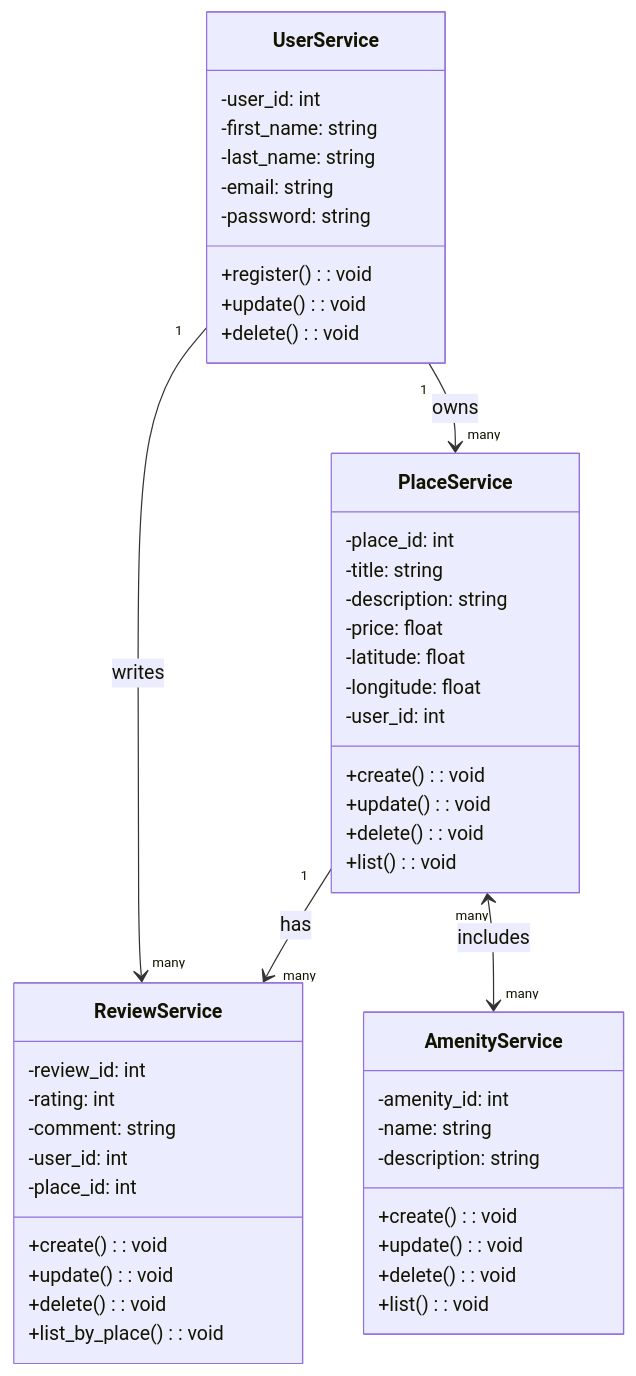
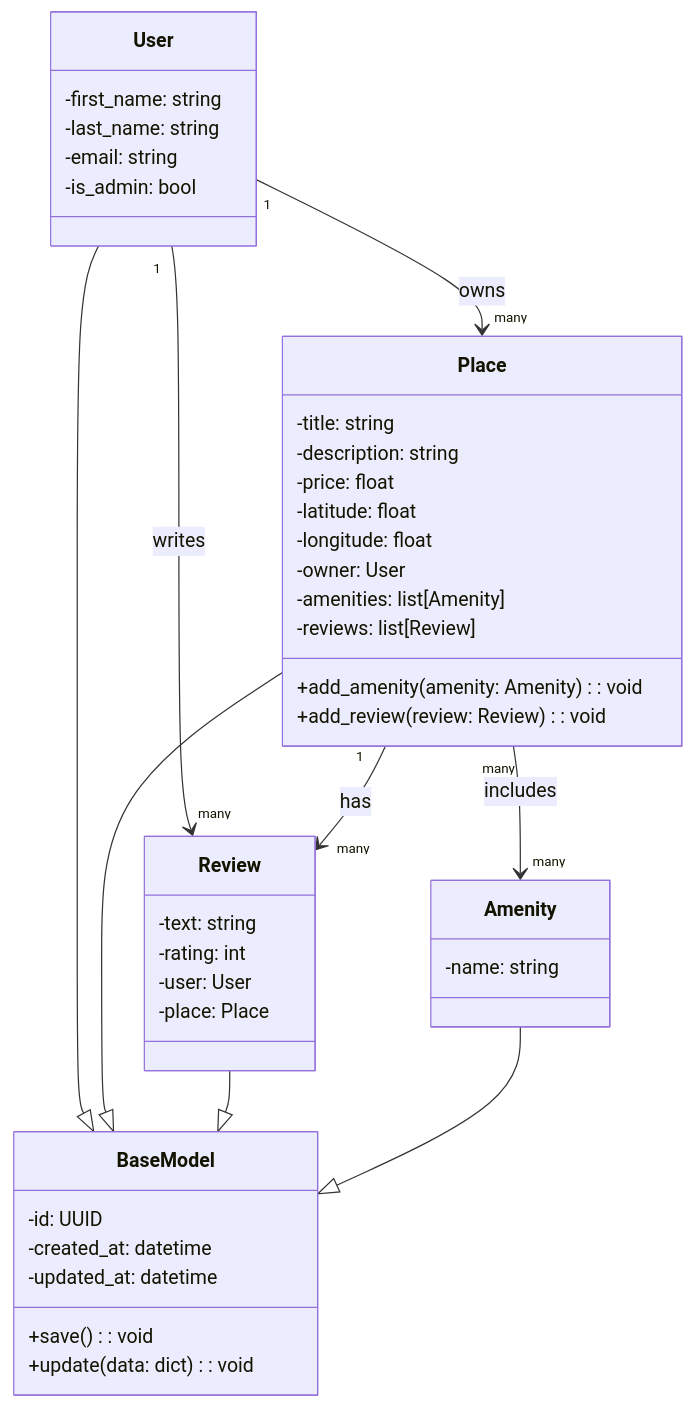
Before and after one commit to shahadFawaz99/holbertonschool-hbnb: the diagram in part1/ClassDiagram.mmd, drawn with Mermaid.

```diff
--- a/part1/ClassDiagram.mmd
+++ b/part1/ClassDiagram.mmd
@@ -1,57 +1,56 @@
 classDiagram
+%% BaseModel
+class BaseModel {
+  -id: UUID
+  -created_at: datetime
+  -updated_at: datetime
+  +save(): void
+  +update(data: dict): void
+}
 
 %% User
-class UserService {
-  +register(): void
-  +update(): void
-  +delete(): void
-  -user_id: int
+class User {
   -first_name: string
   -last_name: string
   -email: string
-  -password: string
+  -is_admin: bool
 }
 
 %% Place
-class PlaceService {
-  +create(): void
-  +update(): void
-  +delete(): void
-  +list(): void
-  -place_id: int
+class Place {
   -title: string
   -description: string
   -price: float
   -latitude: float
   -longitude: float
-  -user_id: int
+  -owner: User
+  -amenities: list[Amenity]
+  -reviews: list[Review]
+  +add_amenity(amenity: Amenity): void
+  +add_review(review: Review): void
 }
 
 %% Review
-class ReviewService {
-  +create(): void
-  +update(): void
-  +delete(): void
-  +list_by_place(): void
-  -review_id: int
+class Review {
+  -text: string
   -rating: int
-  -comment: string
-  -user_id: int
-  -place_id: int
+  -user: User
+  -place: Place
 }
 
 %% Amenity
-class AmenityService {
-  +create(): void
-  +update(): void
-  +delete(): void
-  +list(): void
-  -amenity_id: int
+class Amenity {
   -name: string
-  -description: string
 }
 
-UserService "1" --> "many" PlaceService : owns
-UserService "1" --> "many" ReviewService : writes
-PlaceService "1" --> "many" ReviewService : has
-PlaceService "many" <--> "many" AmenityService : includes
+%% Inheritance
+User --|> BaseModel
+Place --|> BaseModel
+Review --|> BaseModel
+Amenity --|> BaseModel
+
+%% Relationships
+User "1" --> "many" Place : owns
+User "1" --> "many" Review : writes
+Place "1" --> "many" Review : has
+Place "many" --> "many" Amenity : includes
```
